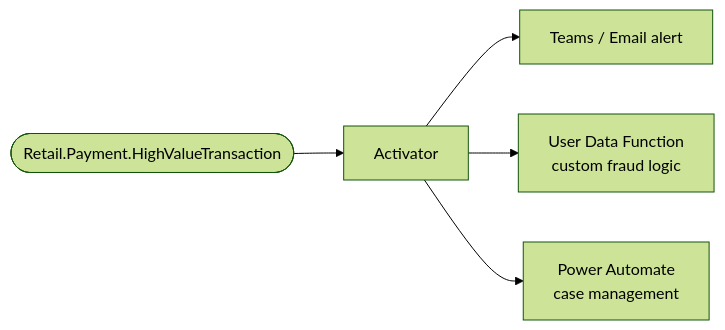
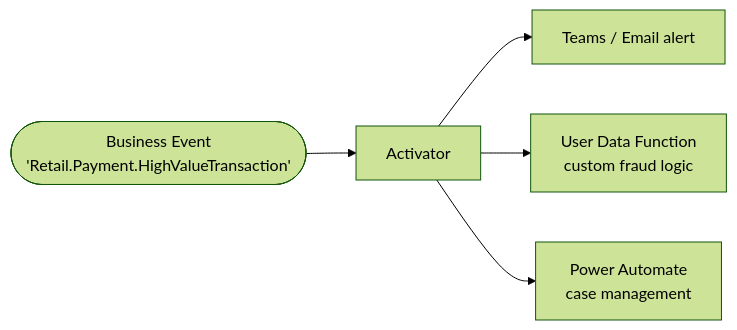
One commit to microsoft/fabric-events changed the second of 2 diagrams in docs/business-events/scenarios/scenario-03-high-value-transaction/README.md. Above: the diagram before and after it, drawn with Mermaid (forest theme). The commit also changed other lines of this file and 9 other files, not shown here.

First line of the commit message:
Standardize Business Event diagram nodes across all articles

````diff
--- a/docs/business-events/scenarios/scenario-03-high-value-transaction/README.md
+++ b/docs/business-events/scenarios/scenario-03-high-value-transaction/README.md
@@ -174,7 +174,7 @@
 ```mermaid
 flowchart LR
-    BE([Retail.Payment.HighValueTransaction]) --> ACT[Activator]
+    BE([Business Event\n'Retail.Payment.HighValueTransaction']) --> ACT[Activator]
     ACT --> TEAMS[Teams / Email alert]
     ACT --> UDF[User Data Function\ncustom fraud logic]
     ACT --> PA[Power Automate\ncase management]
 ```
````
